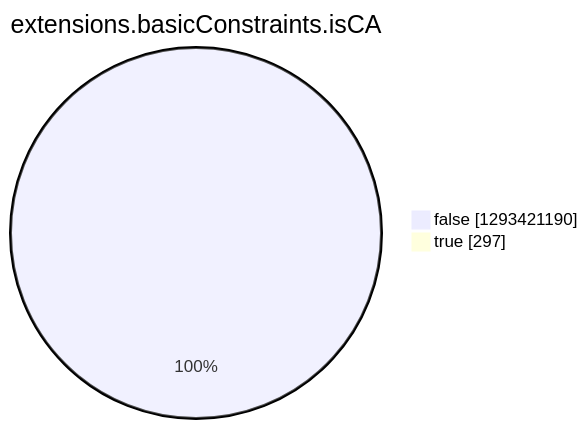
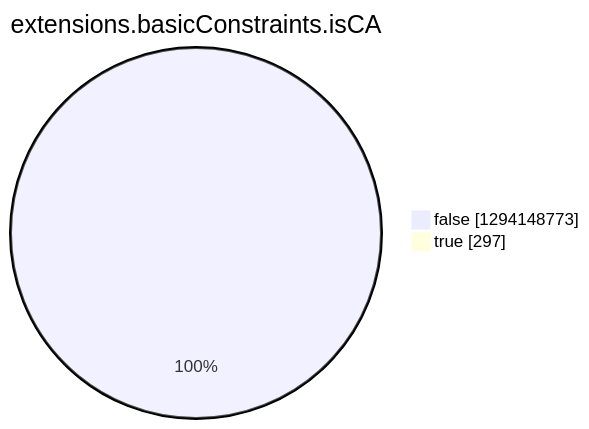
Before and after one commit to christiankrug/ctmonitor_visualization: the eighth of 15 diagrams in argon2022/README.md, drawn with Mermaid. The commit also changed other lines of this file, not shown here.

````diff
--- a/argon2022/README.md
+++ b/argon2022/README.md
@@ -2756,6 +2756,6 @@
 ```mermaid
 pie showData
 title extensions.basicConstraints.isCA
-"false" :1293421190
+"false" :1294148773
 "true" :297
 ```
````
